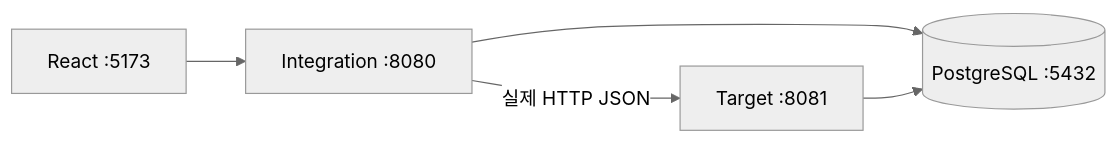
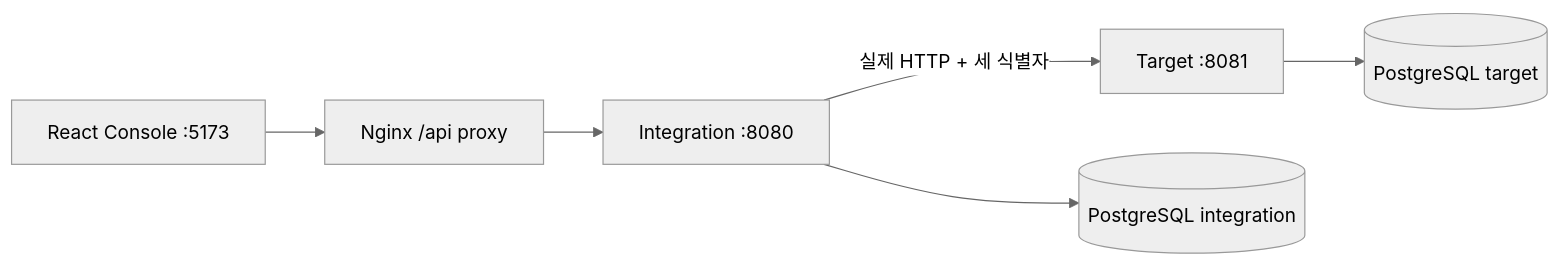
The diagram in README.md (HeoSeongbin/interfaceflow-lab), drawn with Mermaid (neutral theme) before and after one commit. The commit also changed other lines of this file and 17 other files, not shown here.

````diff
--- a/README.md
+++ b/README.md
@@ -7,7 +7,8 @@
 ```mermaid
 flowchart LR
-    UI[React :5173] --> API[Integration :8080]
-    API -->|실제 HTTP JSON| TARGET[Target :8081]
-    API --> DB[(PostgreSQL :5432)]
-    TARGET --> DB
+    UI[React Console :5173] --> N[Nginx /api proxy]
+    N --> API[Integration :8080]
+    API -->|실제 HTTP + 세 식별자| TARGET[Target :8081]
+    API --> I[(PostgreSQL integration)]
+    TARGET --> T[(PostgreSQL target)]
 ```
````
